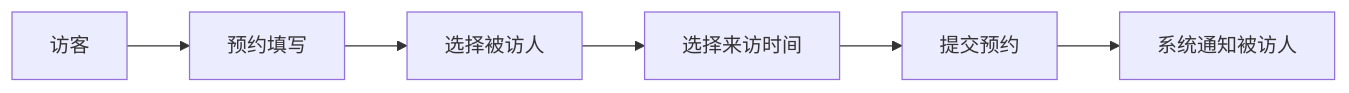
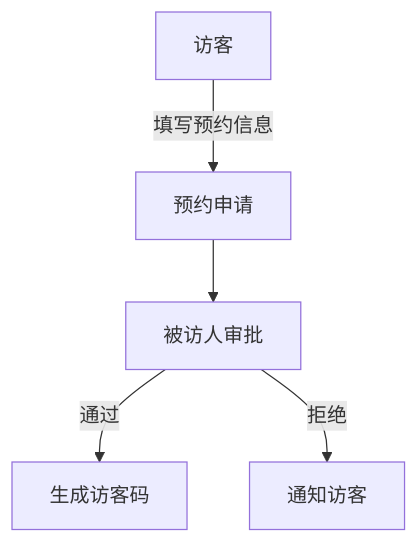
The diagram in doc/requirement1.md (zhishi324/n8ndeploy), drawn with Mermaid before and after one commit. The commit also changed other lines of this file, not shown here.

````diff
--- a/doc/requirement1.md
+++ b/doc/requirement1.md
@@ -23,8 +24,7 @@
 ```mermaid
-graph LR
-    A[访客] --> B[预约填写]
-    B --> C[选择被访人]
-    C --> D[选择来访时间]
-    D --> E[提交预约]
-    E --> F[系统通知被访人]
+graph TD
+    A[访客] -->|填写预约信息| B[预约申请]
+    B --> C[被访人审批]
+    C -->|通过| D[生成访客码]
+    C -->|拒绝| E[通知访客]
 ```
````
